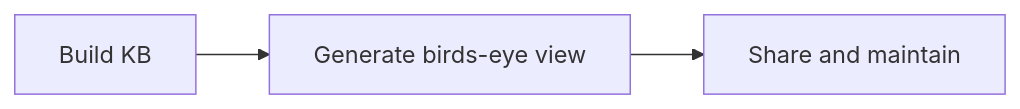
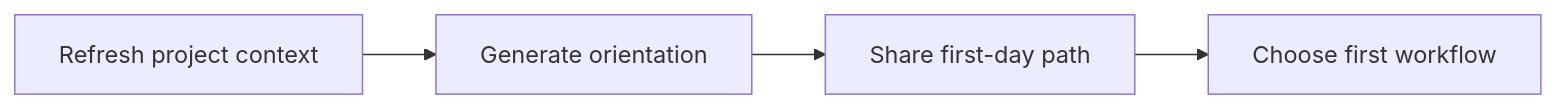
The diagram in docs/guides/team-onboarding.md (rp1-run/rp1), drawn with Mermaid before and after one commit. The commit also changed other lines of this file and 41 other files, not shown here.

````diff
--- a/docs/guides/team-onboarding.md
+++ b/docs/guides/team-onboarding.md
@@ -27,5 +42,6 @@
 ```mermaid
 flowchart LR
-    KB[Build KB] --> DOC[Generate birds-eye view]
-    DOC --> SHARE[Share and maintain]
+    Context[Refresh project context] --> Orientation[Generate orientation]
+    Orientation --> FirstDay[Share first-day path]
+    FirstDay --> Workflow[Choose first workflow]
 ```
````
